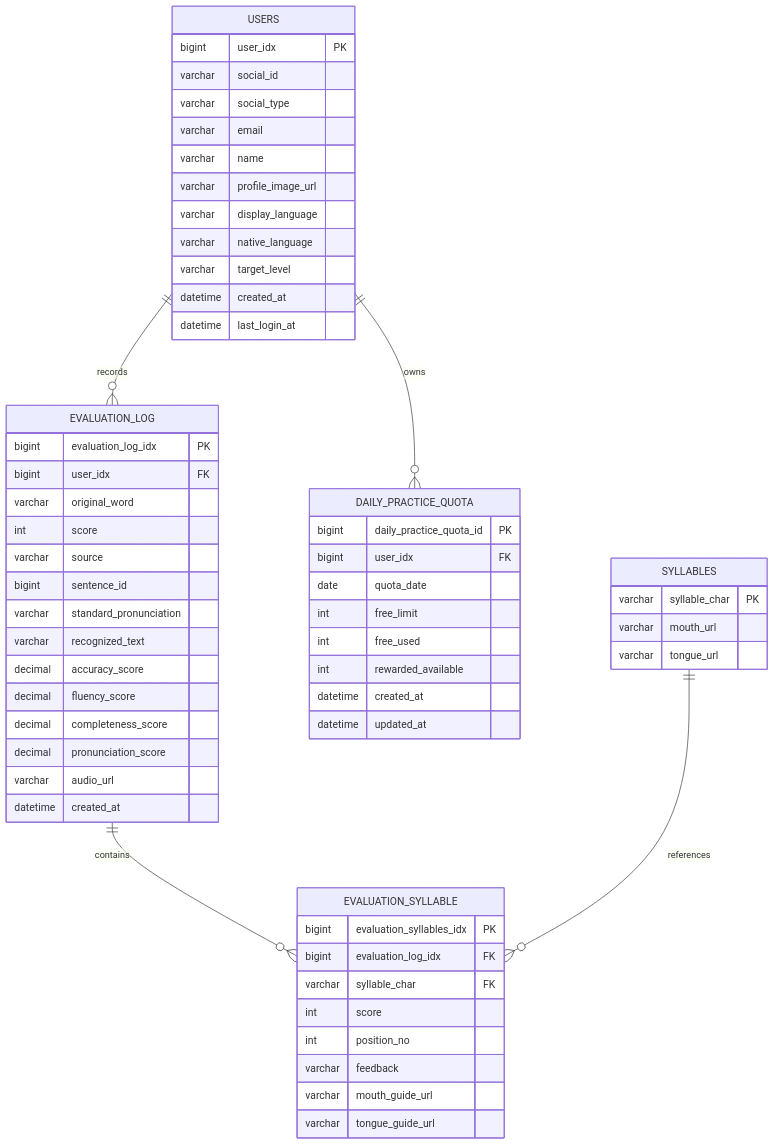
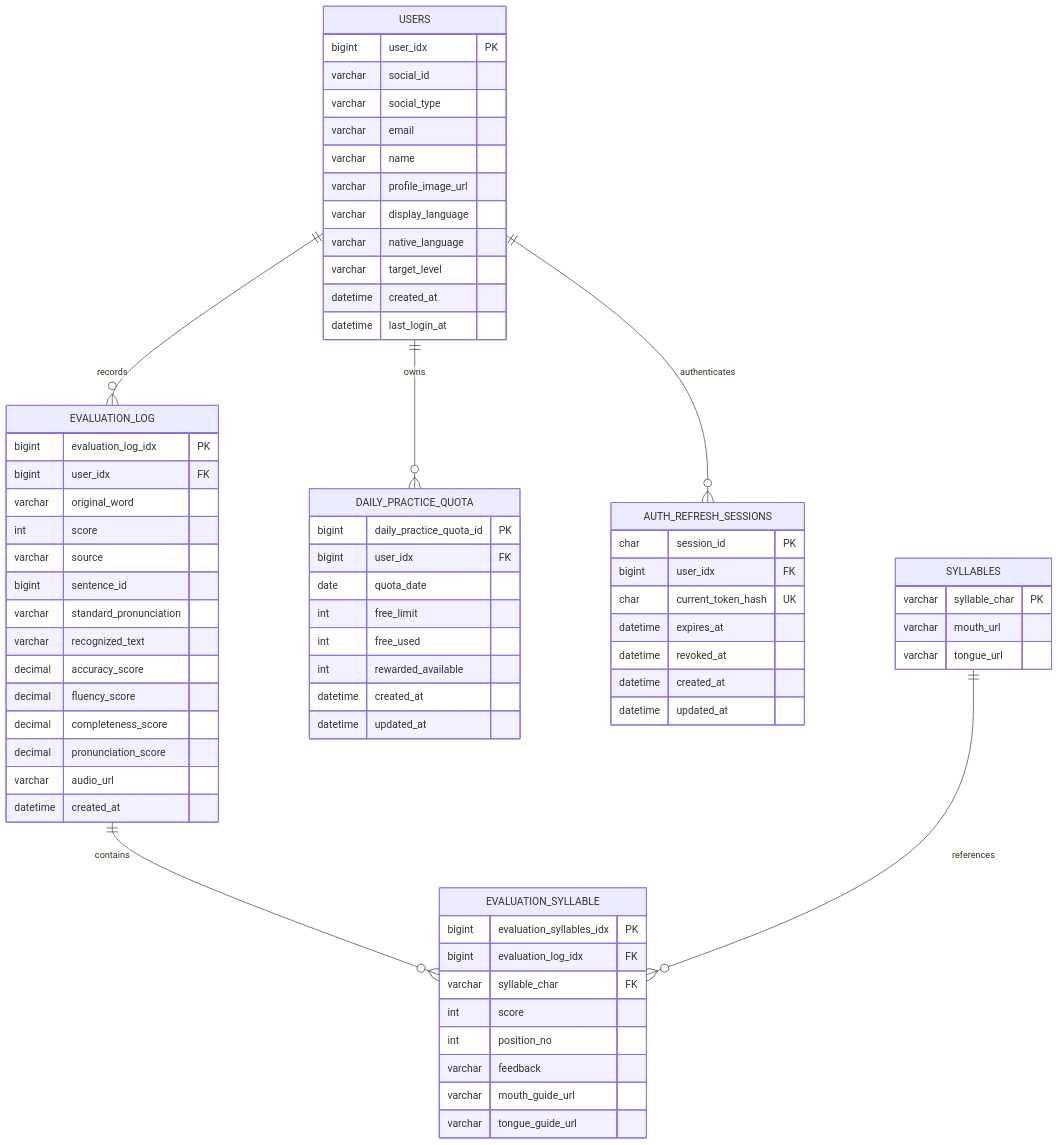
Before and after one commit to byeok99/LingKo: the diagram in docs/data/data-model.md, drawn with Mermaid. The commit also changed other lines of this file and 11 other files, not shown here.

Commit message:
docs: document refresh token lifecycle

````diff
--- a/docs/data/data-model.md
+++ b/docs/data/data-model.md
@@ -5,66 +5,77 @@
 ```mermaid
  erDiagram
     USERS ||--o{ EVALUATION_LOG : records
     USERS ||--o{ DAILY_PRACTICE_QUOTA : owns
+    USERS ||--o{ AUTH_REFRESH_SESSIONS : authenticates
     EVALUATION_LOG ||--o{ EVALUATION_SYLLABLE : contains
     SYLLABLES ||--o{ EVALUATION_SYLLABLE : references
 
     USERS {
       bigint user_idx PK
       varchar social_id
       varchar social_type
       varchar email
       varchar name
       varchar profile_image_url
       varchar display_language
       varchar native_language
       varchar target_level
       datetime created_at
       datetime last_login_at
     }
 
     EVALUATION_LOG {
       bigint evaluation_log_idx PK
       bigint user_idx FK
       varchar original_word
       int score
       varchar source
       bigint sentence_id
       varchar standard_pronunciation
       varchar recognized_text
       decimal accuracy_score
       decimal fluency_score
       decimal completeness_score
       decimal pronunciation_score
       varchar audio_url
       datetime created_at
     }
 
     EVALUATION_SYLLABLE {
       bigint evaluation_syllables_idx PK
       bigint evaluation_log_idx FK
       varchar syllable_char FK
       int score
       int position_no
       varchar feedback
       varchar mouth_guide_url
       varchar tongue_guide_url
     }
 
     SYLLABLES {
       varchar syllable_char PK
       varchar mouth_url
       varchar tongue_url
     }
 
     DAILY_PRACTICE_QUOTA {
       bigint daily_practice_quota_id PK
       bigint user_idx FK
       date quota_date
       int free_limit
       int free_used
       int rewarded_available
       datetime created_at
       datetime updated_at
     }
+
+    AUTH_REFRESH_SESSIONS {
+      char session_id PK
+      bigint user_idx FK
+      char current_token_hash UK
+      datetime expires_at
+      datetime revoked_at
+      datetime created_at
+      datetime updated_at
+    }
 ```
````
